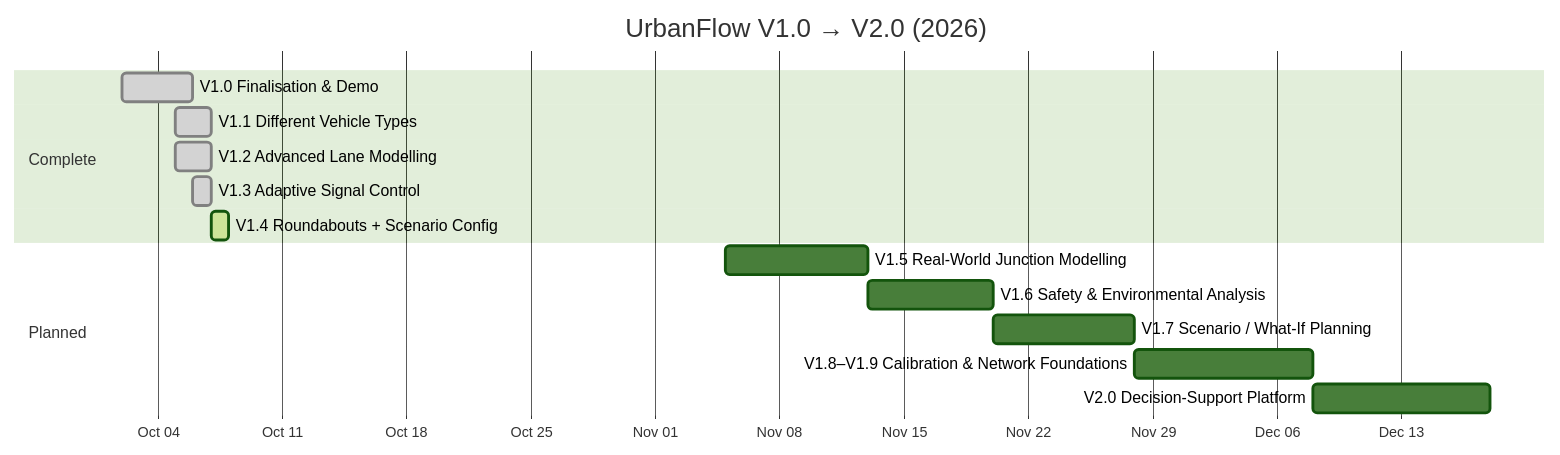
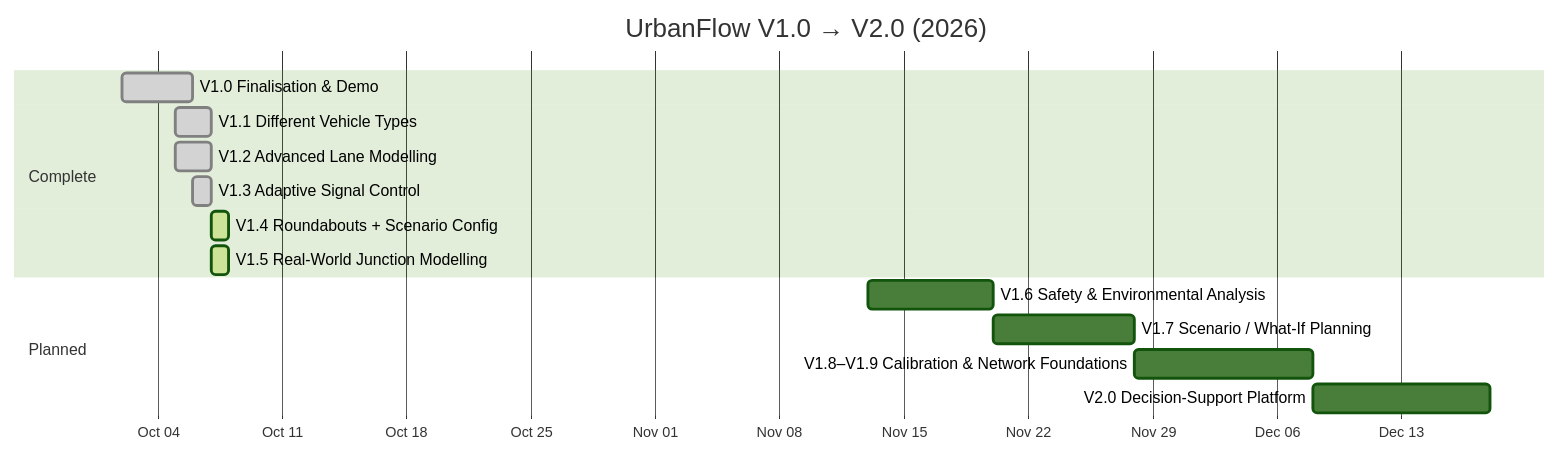
One commit to Viraj281105/Traffic-Simulation changed the third of 3 diagrams in docs/ROADMAP.md. Above: the diagram before and after it, drawn with Mermaid (forest theme). The commit also changed other lines of this file and 5 other files, not shown here.

First line of the commit message:
docs: V1.5 real-world junction modelling

````diff
--- a/docs/ROADMAP.md
+++ b/docs/ROADMAP.md
@@ -90,19 +90,19 @@
 ```mermaid
 gantt
     title UrbanFlow V1.0 → V2.0 (2026)
     dateFormat YYYY-MM-DD
     axisFormat %b %d
     section Complete
     V1.0 Finalisation & Demo                 :done,    v10, 2026-10-02, 4d
     V1.1 Different Vehicle Types             :done,    v11, 2026-10-05, 2d
     V1.2 Advanced Lane Modelling             :done,    v12, 2026-10-05, 2d
     V1.3 Adaptive Signal Control             :done,    v13, 2026-10-06, 1d
     V1.4 Roundabouts + Scenario Config       :active,  v14, 2026-10-07, 1d
+    V1.5 Real-World Junction Modelling       :active,  v15, 2026-10-07, 1d
     section Upcoming
     section Planned
-    V1.5 Real-World Junction Modelling       :         v15, 2026-11-05, 8d
     V1.6 Safety & Environmental Analysis     :         v16, 2026-11-13, 7d
     V1.7 Scenario / What-If Planning         :         v17, 2026-11-20, 8d
     V1.8–V1.9 Calibration & Network Foundations :      v18, 2026-11-28, 10d
     V2.0 Decision-Support Platform           :         v20, 2026-12-08, 10d
 ```
````
